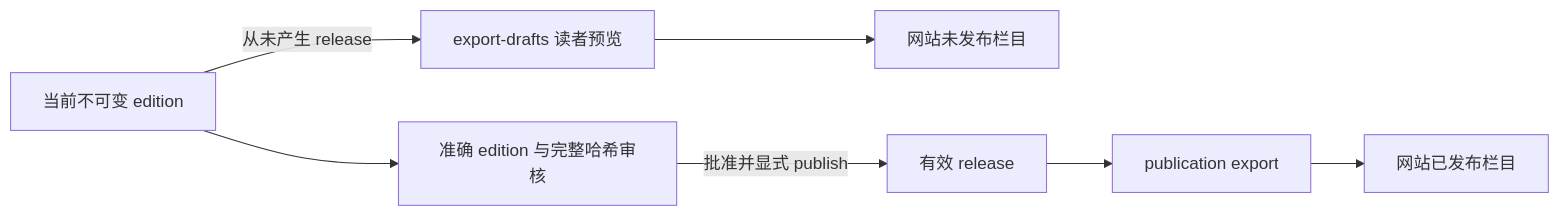
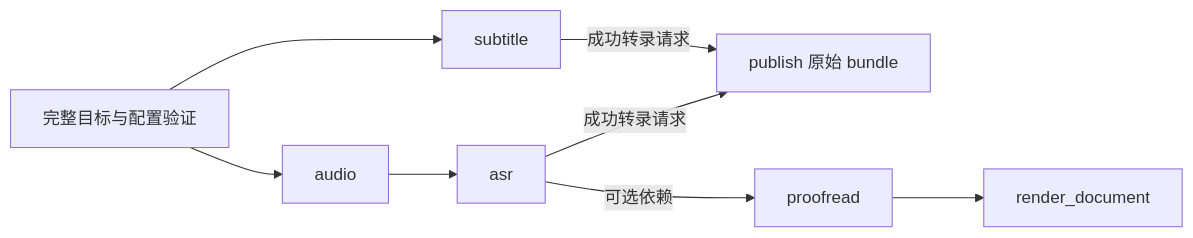
The diagram in docs/architecture.md (SuperCatQR/bilibili-asr-archive), drawn with Mermaid before and after one commit. The commit also changed other lines of this file and 61 other files, not shown here.

First line of the commit message:
docs: refresh main architecture and add complete sequence diagrams

````diff
--- a/docs/architecture.md
+++ b/docs/architecture.md
@@ -157,9 +53,10 @@
 ```mermaid
 flowchart LR
-  head[当前不可变 edition] -->|从未产生 release| preview[export-drafts 读者预览]
-  preview --> draftTab[网站未发布栏目]
-  head --> exactReview[准确 edition 与完整哈希审核]
-  exactReview -->|批准并显式 publish| release[有效 release]
-  release --> publicExport[publication export]
-  publicExport --> publishedTab[网站已发布栏目]
+  selection[完整目标与配置验证] --> subtitle[subtitle]
+  selection --> audio[audio]
+  audio --> asr[asr]
+  subtitle -->|成功转录请求| publish[publish 原始 bundle]
+  asr -->|成功转录请求| publish
+  asr -->|可选依赖| proofread[proofread]
+  proofread --> render[render_document]
 ```
````
